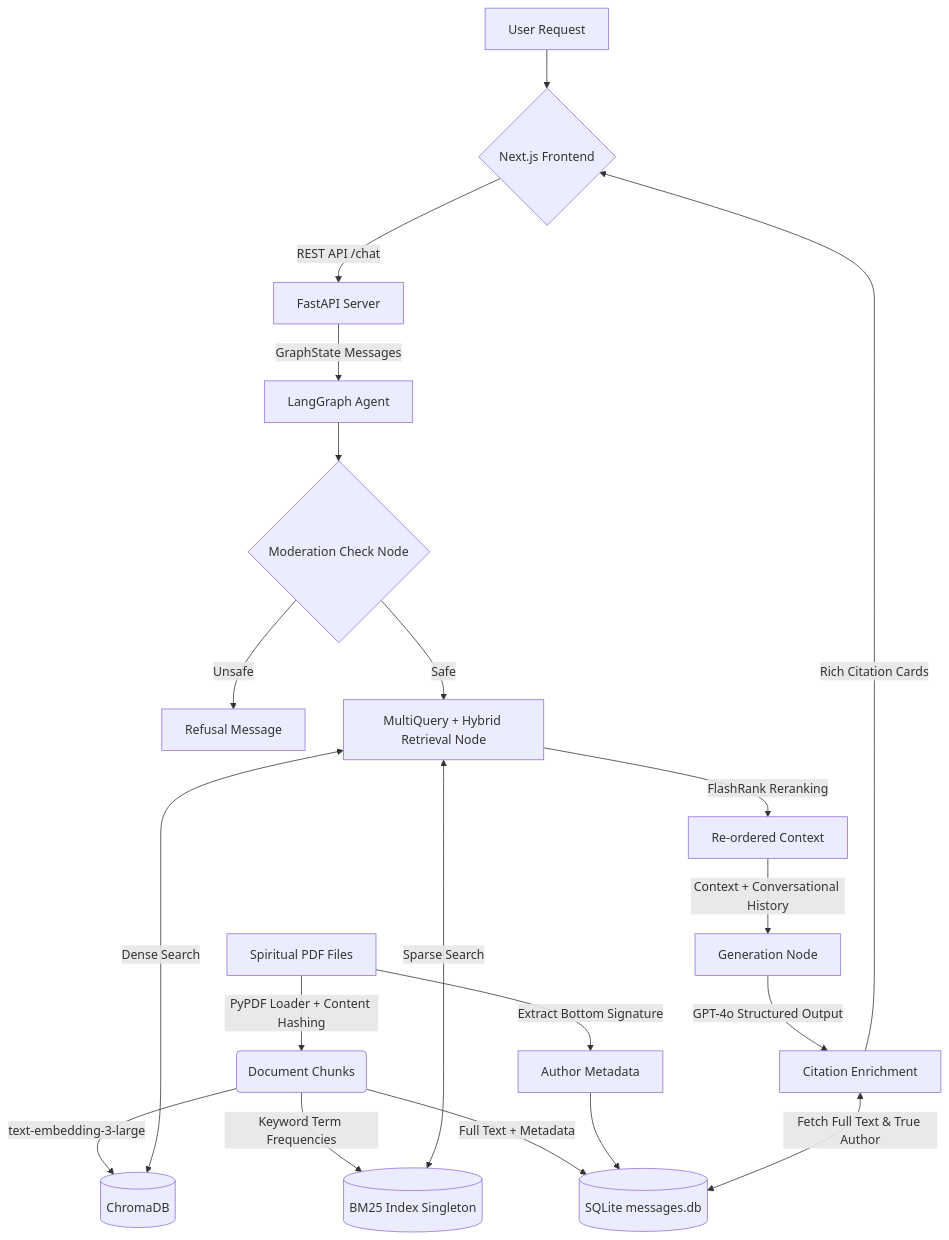
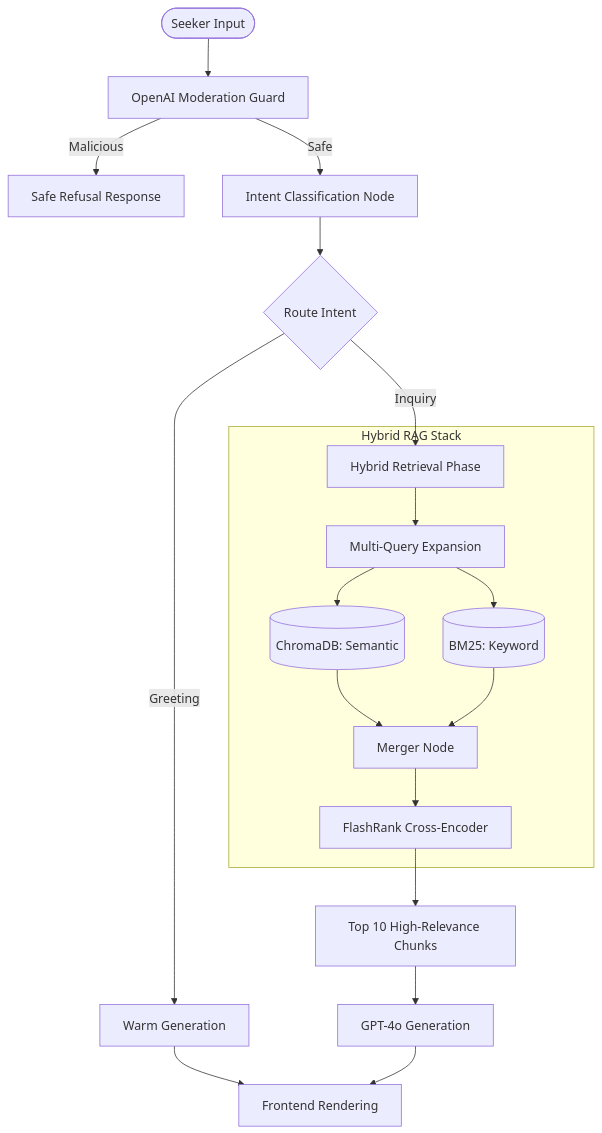
One commit to vaibhavd030/Heart_speaks changed the diagram in README.md. Above: the diagram before and after it, drawn with Mermaid. The commit also changed other lines of this file and 4 other files, not shown here.

Commit message:
Final Production Restoration: Fixed PDF links, Increased RAG depth to 10, Re-constructed Bookmark schema, and Updated Technical Manual

````diff
--- a/README.md
+++ b/README.md
@@ -28,30 +55,24 @@
 ```mermaid
 graph TD
-    %% Ingestion Flow
-    A[Spiritual PDF Files] -->|PyPDF Loader + Content Hashing| B(Document Chunks)
-    A -->|Extract Bottom Signature| M[Author Metadata]
-    B -->|text-embedding-3-large| C[(ChromaDB)]
-    B -->|Keyword Term Frequencies| K[(BM25 Index Singleton)]
+    User([Seeker Input]) --> Safety[OpenAI Moderation Guard]
+    Safety -- Malicious --> Refusal[Safe Refusal Response]
+    Safety -- Safe --> Intent[Intent Classification Node]
     
-    B -->|Full Text + Metadata| DB[(SQLite messages.db)]
-    M --> DB
+    Intent --> Route{Route Intent}
+    Route -- Greeting --> Welcome[Warm Generation]
+    Route -- Inquiry --> RAG[Hybrid Retrieval Phase]
     
-    %% Retrieval Flow
-    D[User Request] --> E{Next.js Frontend}
-    E -->|REST API /chat| F[FastAPI Server]
-    F -->|GraphState Messages| G[LangGraph Agent]
+    subgraph "Hybrid RAG Stack"
+    RAG --> MQ[Multi-Query Expansion]
+    MQ --> Dense[(ChromaDB: Semantic)]
+    MQ --> Lexical[(BM25: Keyword)]
+    Dense --> Merge[Merger Node]
+    Lexical --> Merge
+    Merge --> Rerank[FlashRank Cross-Encoder]
+    end
     
-    G --> H{Moderation Check Node}
-    H -- Unsafe --> I[Refusal Message]
-    H -- Safe --> J[MultiQuery + Hybrid Retrieval Node]
-    
-    J <-->|Dense Search| C
-    J <-->|Sparse Search| K
-    J -->|FlashRank Reranking| L[Re-ordered Context]
-    
-    L -->|Context + Conversational History| N[Generation Node]
-    
-    N -->|GPT-4o Structured Output| O[Citation Enrichment]
-    O <-->|Fetch Full Text & True Author| DB
-    O -->|Rich Citation Cards| E
+    Rerank --> Context[Top 10 High-Relevance Chunks]
+    Context --> GPT4[GPT-4o Generation]
+    Welcome --> Render[Frontend Rendering]
+    GPT4 --> Render
 ```
````
